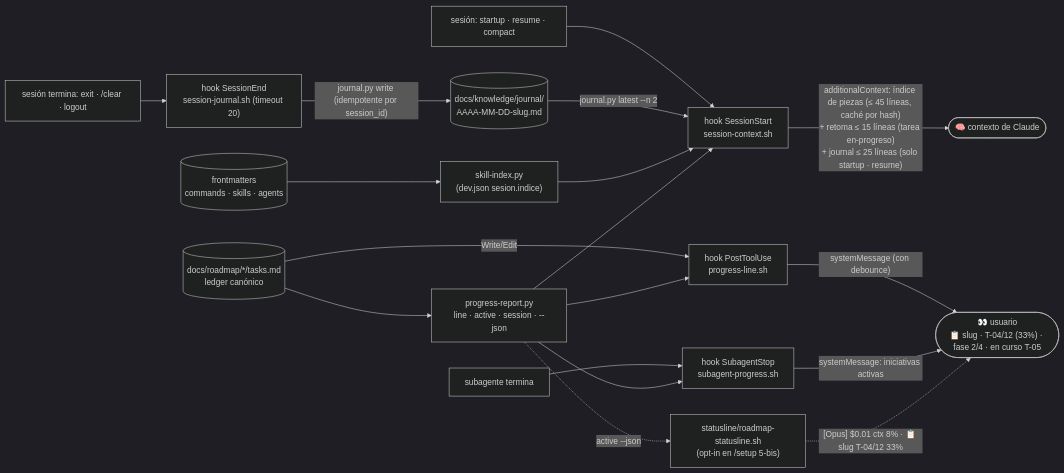
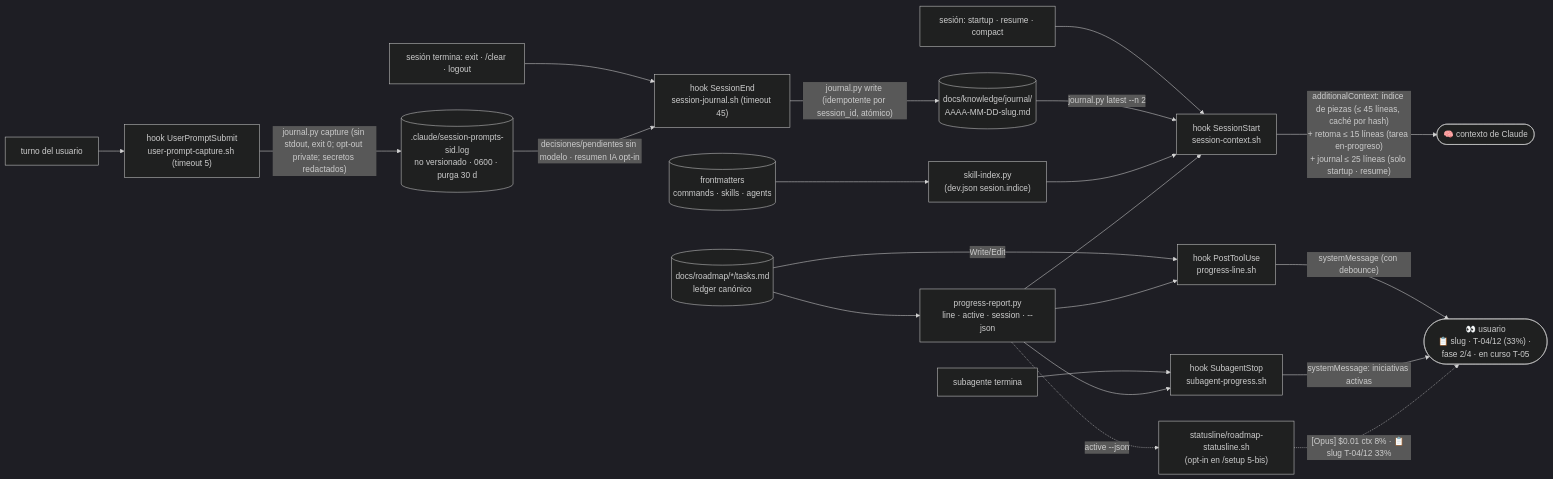
Before and after one commit to daycry/custom-agents: the tenth of 12 diagrams in docs/FLOWS.md, drawn with Mermaid (dark theme). The commit also changed other lines of this file and 35 other files, not shown here.

````diff
--- a/docs/FLOWS.md
+++ b/docs/FLOWS.md
@@ -279,18 +284,21 @@
 ```mermaid
 flowchart LR
     L[("docs/roadmap/*/tasks.md<br/>ledger canónico")] -->|Write/Edit| H1["hook PostToolUse<br/>progress-line.sh"]
     H1 -->|"systemMessage (con debounce)"| U(["👀 usuario<br/>📋 slug · T-04/12 (33%) · fase 2/4 · en curso T-05"])
     SA["subagente termina"] --> H2["hook SubagentStop<br/>subagent-progress.sh"]
     H2 -->|"systemMessage: iniciativas activas"| U
     SS["sesión: startup · resume · compact"] --> H3["hook SessionStart<br/>session-context.sh"]
     H3 -->|"additionalContext: índice de piezas (≤ 45 líneas, caché por hash)<br/>+ retoma ≤ 15 líneas (tarea en-progreso)<br/>+ journal ≤ 25 líneas (solo startup · resume)"| C(["🧠 contexto de Claude"])
-    SE["sesión termina: exit · /clear · logout"] --> H4["hook SessionEnd<br/>session-journal.sh (timeout 20)"]
-    H4 -->|"journal.py write (idempotente por session_id)"| J[("docs/knowledge/journal/<br/>AAAA-MM-DD-slug.md")]
+    UP["turno del usuario"] --> H5["hook UserPromptSubmit<br/>user-prompt-capture.sh (timeout 5)"]
+    H5 -->|"journal.py capture (sin stdout, exit 0; opt-out private; secretos redactados)"| LOG[(".claude/session-prompts-sid.log<br/>no versionado · 0600 · purga 30 d")]
+    SE["sesión termina: exit · /clear · logout"] --> H4["hook SessionEnd<br/>session-journal.sh (timeout 45)"]
+    LOG -->|"decisiones/pendientes sin modelo · resumen IA opt-in"| H4
+    H4 -->|"journal.py write (idempotente por session_id, atómico)"| J[("docs/knowledge/journal/<br/>AAAA-MM-DD-slug.md")]
     J -->|"journal.py latest --n 2"| H3
     FM[("frontmatters<br/>commands · skills · agents")] --> SI["skill-index.py<br/>(dev.json sesion.indice)"]
     SI --> H3
     L --> P["progress-report.py<br/>line · active · session · --json"]
     P --> H1 & H2 & H3
     P -.->|"active --json"| SL["statusline/roadmap-statusline.sh<br/>(opt-in en /setup 5-bis)"]
     SL -.->|"[Opus] $0.01 ctx 8% · 📋 slug T-04/12 33%"| U
 ```
````
